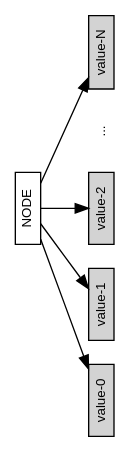
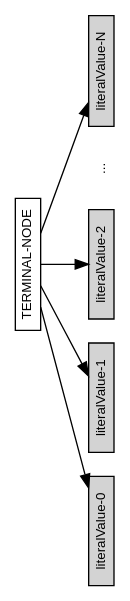
The diagram in termnode-legend.dot (m2sf/M2-AST-Node-Diagrams), drawn with Graphviz before and after one commit.

Commit message:
clarification

```diff
--- a/termnode-legend.dot
+++ b/termnode-legend.dot
@@ -1,71 +1,71 @@
 /* AST node diagram generator script collection for M2C, M2J and M2Sharp.
  *
  * Copyright (c) 2016 The Modula-2 Software Foundation
  *
  * Author & Maintainer: Benjamin Kowarsch <org.m2sf>
  *
  * @synopsis
  *
  * The M2C, M2J and M2Sharp compilers are multi-dialect Modula-2 translators
  * and compilers respectively targeting C99, Java/JVM and C#/CLR, sharing a
  * common abstract syntax tree (AST) specification.
  *
  * The AST node diagram generator script collection consists of Graphviz DOT
  * descriptions for all AST node types of the common AST specification.
  *
  * The Graphviz dot utility is required to generate the diagrams. 
  * It may be obtained from http://www.graphviz.org/download.php.
  *
  * @repository
  *
  * https://github.com/m2sf/m2-ast-node-diagrams
  *
  * @file
  *
  * termnode-legend.dot
  *
  * terminal node legend diagram.
  *
  * Usage: $ dot termnode-legend.dot -Tps > termnode-legend.ps
  *
  * @license
  *
  * This is free software: you can redistribute and/or modify it under the
  * terms of the GNU Lesser General Public License (LGPL) either version 2.1
  * or at your choice version 3 as published by the Free Software Foundation.
  * However, you may not alter the copyright, author and license information.
  *
  * It is distributed in the hope that it will be useful,  but WITHOUT
  * ANY WARRANTY; without even the implied warranty of MERCHANTABILITY or
  * FITNESS FOR A PARTICULAR PURPOSE.  Read the license for more details.
  *
  * You should have received a copy of the GNU Lesser General Public License.
  * If not, see <https://www.gnu.org/copyleft/lesser.html>.
  *
  * NB: Components in the domain part of email addresses are in reverse order.
  */
 
 /*** terminal node legend ***/
 
 digraph termNodeLegend {
   graph [orientation=landscape,fontname=helvetica];
   node [fontname=helvetica,fontsize=10,shape=box,height=0.25];
   
   node [style=solid];
   edge [arrowhead=normal];
   
   termNodeLegend -> { id0 id1 id2 };
-  termNodeLegend [label="NODE"];
+  termNodeLegend [label="TERMINAL-NODE"];
   edge [style=invis]; node [width=0]; nodesep=0;
   termNodeLegend -> ellipsis0;
   edge [style=solid]; node [width=0.75]; nodesep=0.25;
   termNodeLegend -> idN;
-  id0 [label="value-0",style=filled,fillcolor=lightgrey];
-  id1 [label="value-1",style=filled,fillcolor=lightgrey];
-  id2 [label="value-2",style=filled,fillcolor=lightgrey];
+  id0 [label="literalValue-0",style=filled,fillcolor=lightgrey];
+  id1 [label="literalValue-1",style=filled,fillcolor=lightgrey];
+  id2 [label="literalValue-2",style=filled,fillcolor=lightgrey];
   ellipsis0 [label="..."];
   ellipsis0 [shape=none];
-  idN [label="value-N",style=filled,fillcolor=lightgrey];
+  idN [label="literalValue-N",style=filled,fillcolor=lightgrey];
 }
 
 /* END OF FILE */
```
